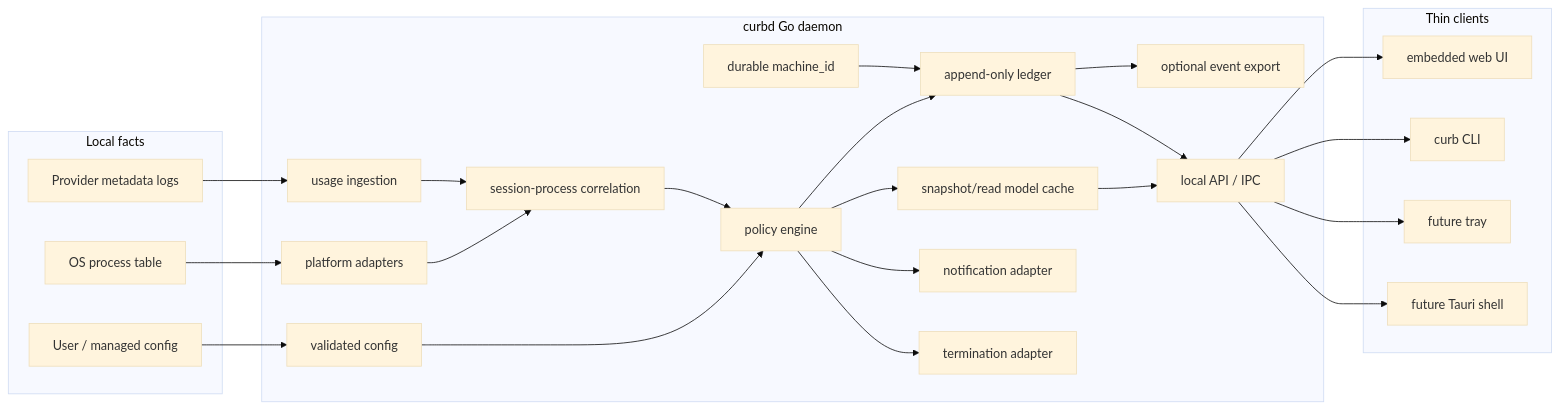
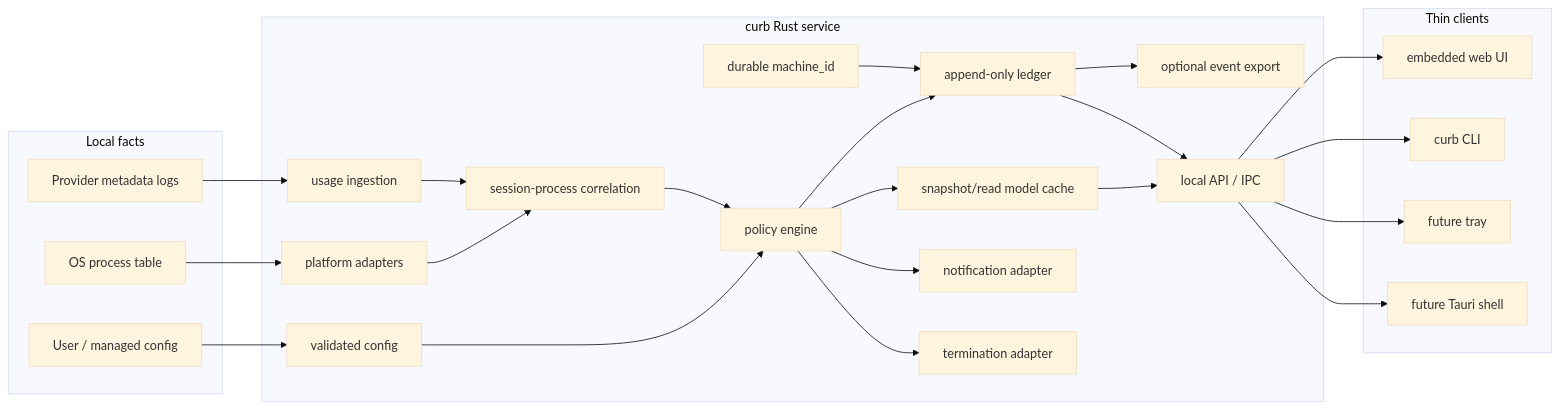
Before and after one commit to misty-step/curb: the diagram in docs/application-design.md, drawn with Mermaid (base theme). The commit also changed other lines of this file and 10 other files, not shown here.

````diff
--- a/docs/application-design.md
+++ b/docs/application-design.md
@@ -46,50 +46,50 @@
 ```mermaid
 flowchart LR
   subgraph Inputs["Local facts"]
     Proc["OS process table"]
     Logs["Provider metadata logs"]
     ConfigFile["User / managed config"]
   end
 
-  subgraph Daemon["curbd Go daemon"]
+  subgraph Daemon["curb Rust service"]
     Platform["platform adapters"]
     Usage["usage ingestion"]
     Correlation["session-process correlation"]
     Policy["policy engine"]
     Store["snapshot/read model cache"]
     Ledger["append-only ledger"]
     Identity["durable machine_id"]
     Export["optional event export"]
     Config["validated config"]
     Notify["notification adapter"]
     Enforcement["termination adapter"]
     API["local API / IPC"]
   end
 
   subgraph Clients["Thin clients"]
     Web["embedded web UI"]
     CLI["curb CLI"]
     Tray["future tray"]
     Native["future Tauri shell"]
   end
 
   Proc --> Platform
   Logs --> Usage
   ConfigFile --> Config
   Platform --> Correlation
   Usage --> Correlation
   Config --> Policy
   Correlation --> Policy
   Policy --> Store
   Policy --> Ledger
   Identity --> Ledger
   Ledger --> Export
   Policy --> Notify
   Policy --> Enforcement
   Store --> API
   Ledger --> API
   API --> Web
   API --> CLI
   API --> Tray
   API --> Native
 ```
````
